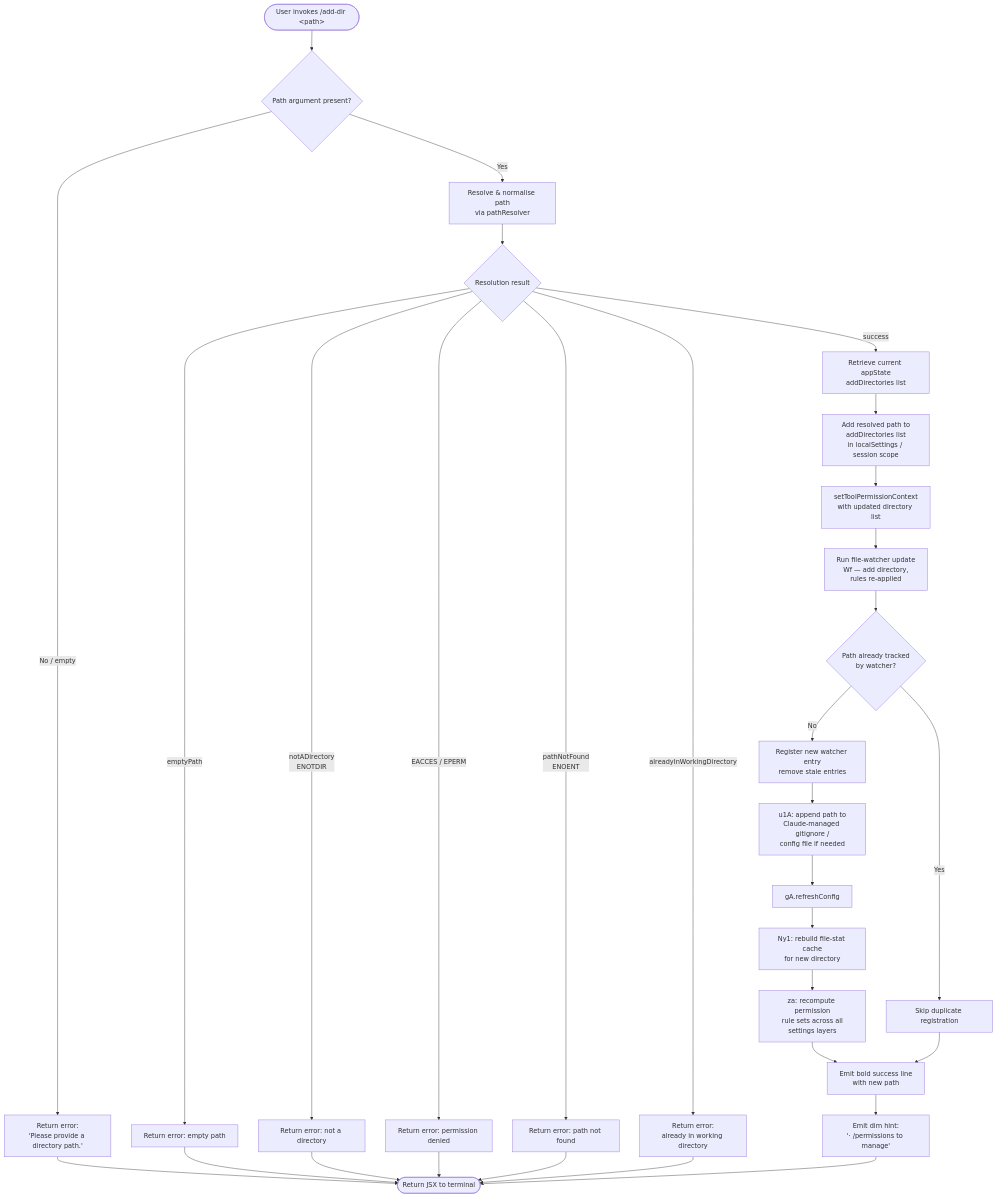
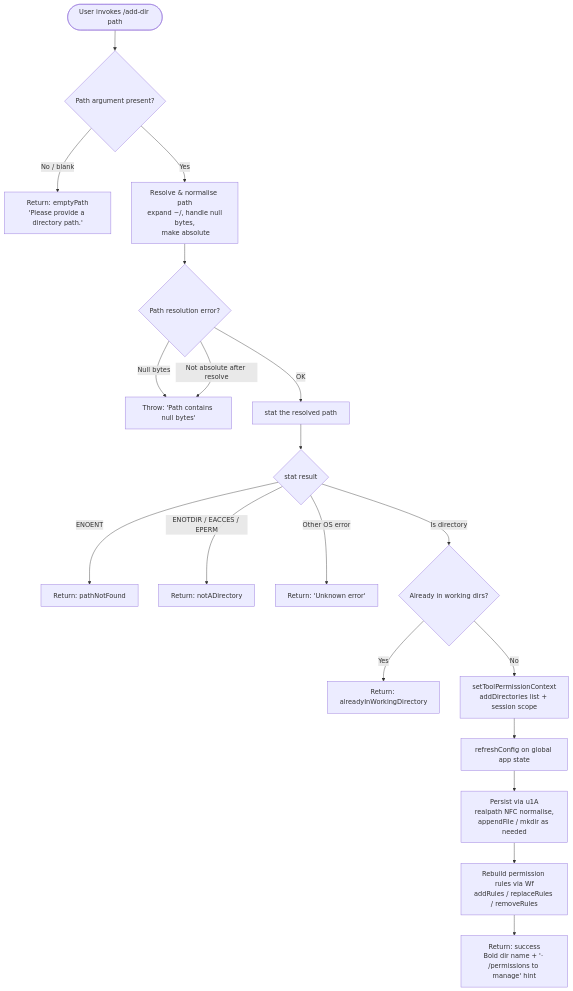
The diagram in versions/v2.1.133/add-dir.md (MyLittleLuckyDog/cc-gnothi), drawn with Mermaid before and after one commit. The commit also changed other lines of this file and 95 other files, not shown here.

````diff
--- a/versions/v2.1.133/add-dir.md
+++ b/versions/v2.1.133/add-dir.md
@@ -46,33 +55,21 @@
 ```mermaid
 flowchart TD
-    A([User invokes /add-dir &lt;path&gt;]) --> B{Path argument present?}
-    B -- No / empty --> C[Return error:\n'Please provide a directory path.']
-    B -- Yes --> D[Resolve & normalise path\nvia pathResolver]
-    D --> E{Resolution result}
-    E -- emptyPath --> F[Return error: empty path]
-    E -- notADirectory\nENOTDIR --> G[Return error: not a directory]
-    E -- EACCES / EPERM --> H[Return error: permission denied]
-    E -- pathNotFound\nENOENT --> I[Return error: path not found]
-    E -- alreadyInWorkingDirectory --> J[Return error:\nalready in working directory]
-    E -- success --> K[Retrieve current appState\naddDirectories list]
-    K --> L[Add resolved path to\naddDirectories list\nin localSettings / session scope]
-    L --> M[setToolPermissionContext\nwith updated directory list]
-    M --> N[Run file-watcher update\nWf — add directory,\nrules re-applied]
-    N --> O{Path already tracked\nby watcher?}
-    O -- Yes --> P[Skip duplicate registration]
-    O -- No --> Q[Register new watcher entry\nremove stale entries]
-    Q --> R[u1A: append path to\nClaude-managed gitignore /\nconfig file if needed]
-    R --> S[gA.refreshConfig]
-    S --> T[Ny1: rebuild file-stat cache\nfor new directory]
-    T --> U[za: recompute permission\nrule sets across all\nsettings layers]
-    U --> V[Emit bold success line\nwith new path]
-    V --> W[Emit dim hint:\n'· /permissions to manage']
-    P --> V
-    C --> Z([Return JSX to terminal])
-    F --> Z
-    G --> Z
-    H --> Z
-    I --> Z
-    J --> Z
-    W --> Z
+    A([User invokes /add-dir path]) --> B{Path argument present?}
+    B -- No / blank --> C[Return: emptyPath\n'Please provide a directory path.']
+    B -- Yes --> D[Resolve & normalise path\n expand ~/, handle null bytes,\n make absolute]
+    D --> E{Path resolution error?}
+    E -- Null bytes --> F[Throw: 'Path contains null bytes']
+    E -- Not absolute after resolve --> F
+    E -- OK --> G[stat the resolved path]
+    G --> H{stat result}
+    H -- ENOENT --> I[Return: pathNotFound]
+    H -- ENOTDIR / EACCES / EPERM --> J[Return: notADirectory]
+    H -- Other OS error --> K[Return: 'Unknown error']
+    H -- Is directory --> L{Already in working dirs?}
+    L -- Yes --> M[Return: alreadyInWorkingDirectory]
+    L -- No --> N[setToolPermissionContext\naddDirectories list + session scope]
+    N --> O[refreshConfig on global app state]
+    O --> P[Persist via u1A\nrealpath NFC normalise,\nappendFile / mkdir as needed]
+    P --> Q[Rebuild permission rules via Wf\naddRules / replaceRules / removeRules]
+    Q --> R[Return: success\nBold dir name + '· /permissions to manage' hint]
 ```
````
